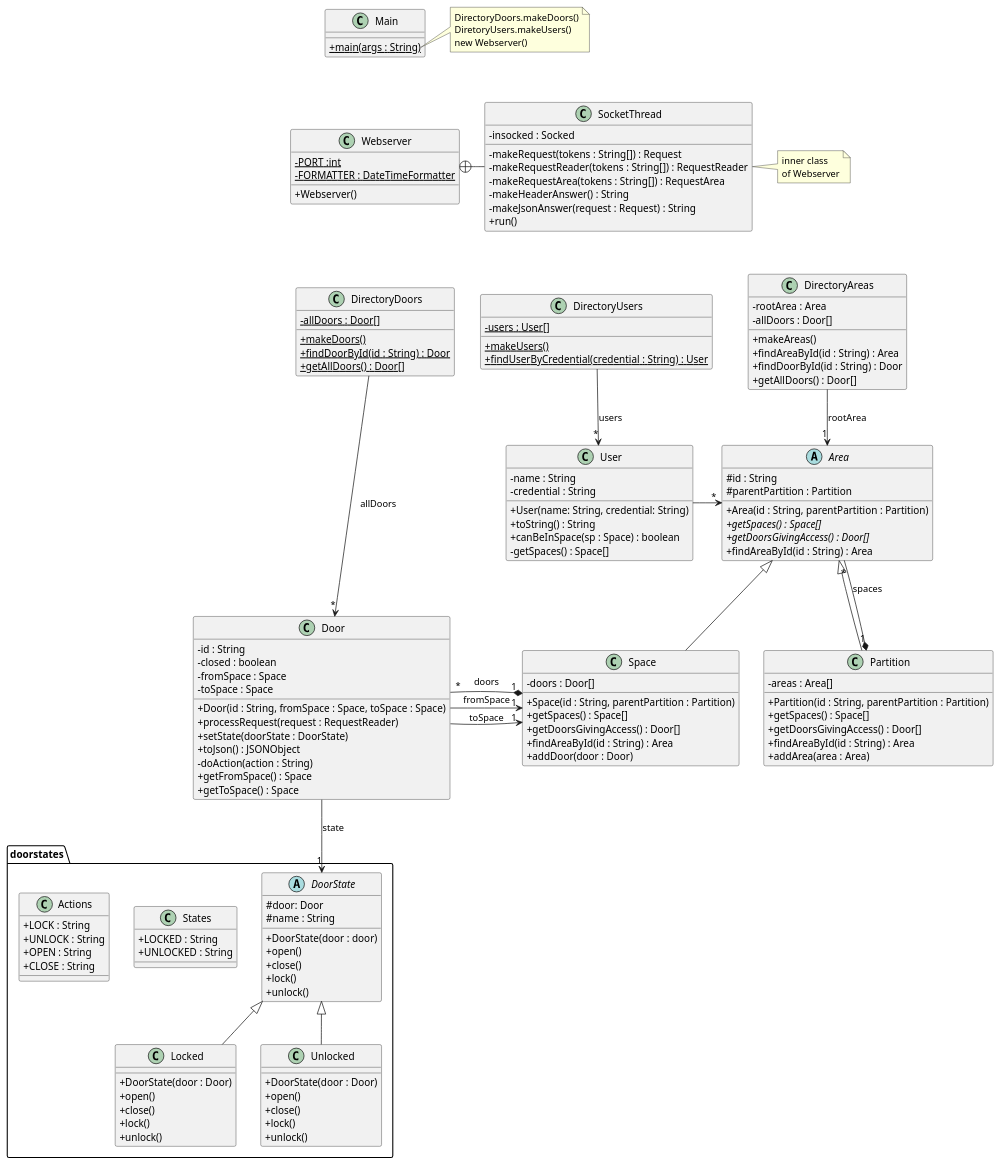
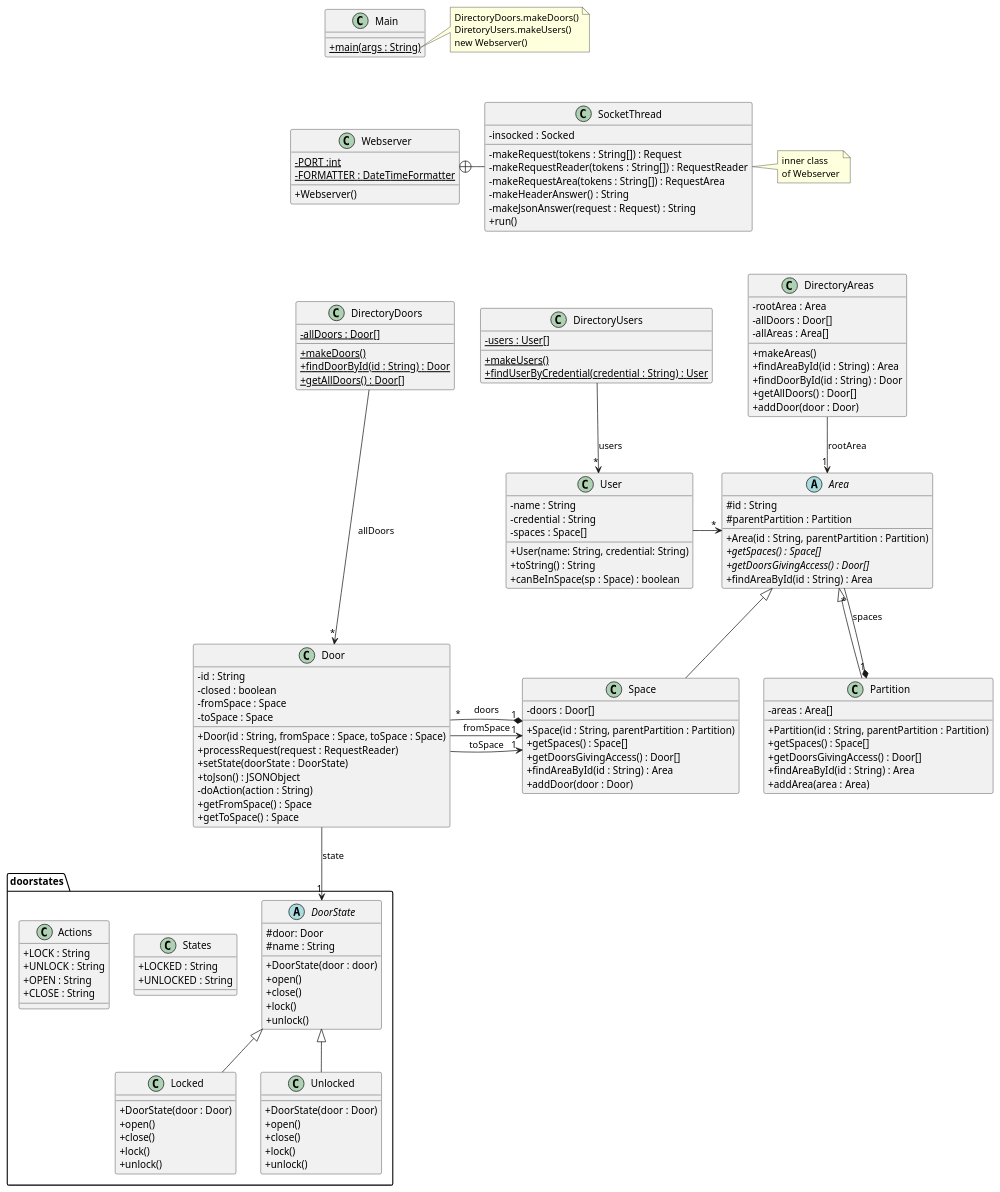
One commit to leonhrt/DSW-ACS changed the diagram in src/baseNoStates/uml/base_no_states.puml. Above: the diagram before and after it, drawn with PlantUML.

Commit message:
uml update

```diff
--- a/src/baseNoStates/uml/base_no_states.puml
+++ b/src/baseNoStates/uml/base_no_states.puml
@@ -1,176 +1,178 @@
 @startuml
 'https://plantuml.com/class-diagram
 skinparam classAttributeIconSize 0
 
 class Webserver {
 - {static} PORT :int
 - {static} FORMATTER : DateTimeFormatter
 + Webserver()
 }
 
 class SocketThread {
 - insocked : Socked
 - makeRequest(tokens : String[]) : Request
 - makeRequestReader(tokens : String[]) : RequestReader
 - makeRequestArea(tokens : String[]) : RequestArea
 - makeHeaderAnswer() : String
 - makeJsonAnswer(request : Request) : String
 + run()
 }
 
 Webserver +-right- SocketThread
 
 note right of SocketThread
 inner class
 of Webserver
 end note
 
 class DirectoryDoors {
 - {static} allDoors : Door[]
 + {static} makeDoors()
 + {static} findDoorById(id : String) : Door
 + {static} getAllDoors() : Door[]
 }
 
 DirectoryDoors --> "*" Door : "allDoors"
 
 class DirectoryUsers {
 - {static} users : User[]
 + {static} makeUsers()
 + {static} findUserByCredential(credential : String) : User
 }
 
 DirectoryUsers --> "*" User : "users"
 
 class Door {
 - id : String
 - closed : boolean
 - fromSpace : Space
 - toSpace : Space
 + Door(id : String, fromSpace : Space, toSpace : Space)
 + processRequest(request : RequestReader)
 + setState(doorState : DoorState)
 + toJson() : JSONObject
 '+ toString() : String
 '+ isClosed() :boolean
 '+ setClosed(b : boolean)
 '+ getStateName() : String
 - doAction(action : String)
 + getFromSpace() : Space
 + getToSpace() : Space
 }
 
 class Space extends Area{
 -doors : Door[]
 +Space(id : String, parentPartition : Partition)
 +getSpaces() : Space[]
 +getDoorsGivingAccess() : Door[]
 +findAreaById(id : String) : Area
 +addDoor(door : Door)
 }
 
 class Partition extends Area{
 -areas : Area[]
 +Partition(id : String, parentPartition : Partition)
 +getSpaces() : Space[]
 +getDoorsGivingAccess() : Door[]
 +findAreaById(id : String) : Area
 +addArea(area : Area)
 }
 
 
 package "doorstates" {
 abstract class DoorState{
 # door: Door
 #name : String
 +DoorState(door : door)
 +open()
 +close()
 +lock()
 +unlock()
 }
 
 class Locked extends DoorState{
 +DoorState(door : Door)
 +open()
 +close()
 +lock()
 +unlock()
 }
 
 class Unlocked extends DoorState{
 +DoorState(door : Door)
 +open()
 +close()
 +lock()
 +unlock()
 }
 
 class States{
 +LOCKED : String
 +UNLOCKED : String
 }
 
 class Actions{
 +LOCK : String
 +UNLOCK : String
 +OPEN : String
 + CLOSE : String
 }
 }
 
 class DirectoryAreas{
 -rootArea : Area
 -allDoors : Door[]
+-allAreas : Area[]
 +makeAreas()
 +findAreaById(id : String) : Area
 +findDoorById(id : String) : Door
 +getAllDoors() : Door[]
++addDoor(door : Door)
 }
 
 
 
 
 class User {
 - name : String
 - credential : String
+-spaces : Space[]
 + User(name: String, credential: String)
 + toString() : String
 + canBeInSpace(sp : Space) : boolean
-- getSpaces() : Space[]
 }
 
 abstract Class Area{
 #id : String
 #parentPartition : Partition
 +Area(id : String, parentPartition : Partition)
 +{abstract}getSpaces() : Space[]
 +{abstract}getDoorsGivingAccess() : Door[]
 +findAreaById(id : String) : Area
 }
 
 
 class Main {
 + {static} main(args : String)
 }
 
 note right of Main::main
 DirectoryDoors.makeDoors()
 DiretoryUsers.makeUsers()
 new Webserver()
 end note
 
 Main -[hidden]down- Webserver
 Webserver -[hidden]down- DirectoryDoors
 DirectoryDoors -[hidden]right- DirectoryUsers
 
 
 Door --> " 1" DoorState : state
 Door -> "1" Space : fromSpace
 Door -> "1" Space : toSpace
 Space "1" *-left- "*" Door : doors
 User -> "*" Area
 Partition "1" *-- "*" Area : spaces
 DirectoryAreas -down-> "1" Area : rootArea
 
 @enduml
```
